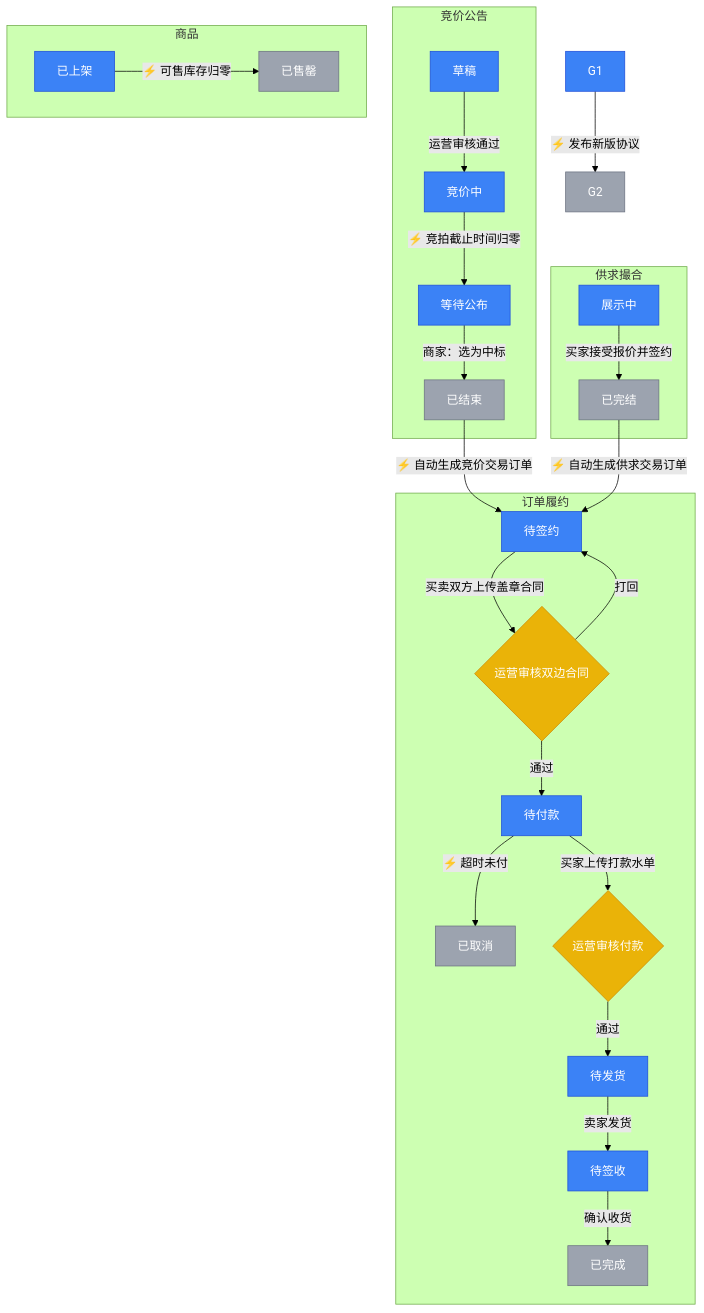
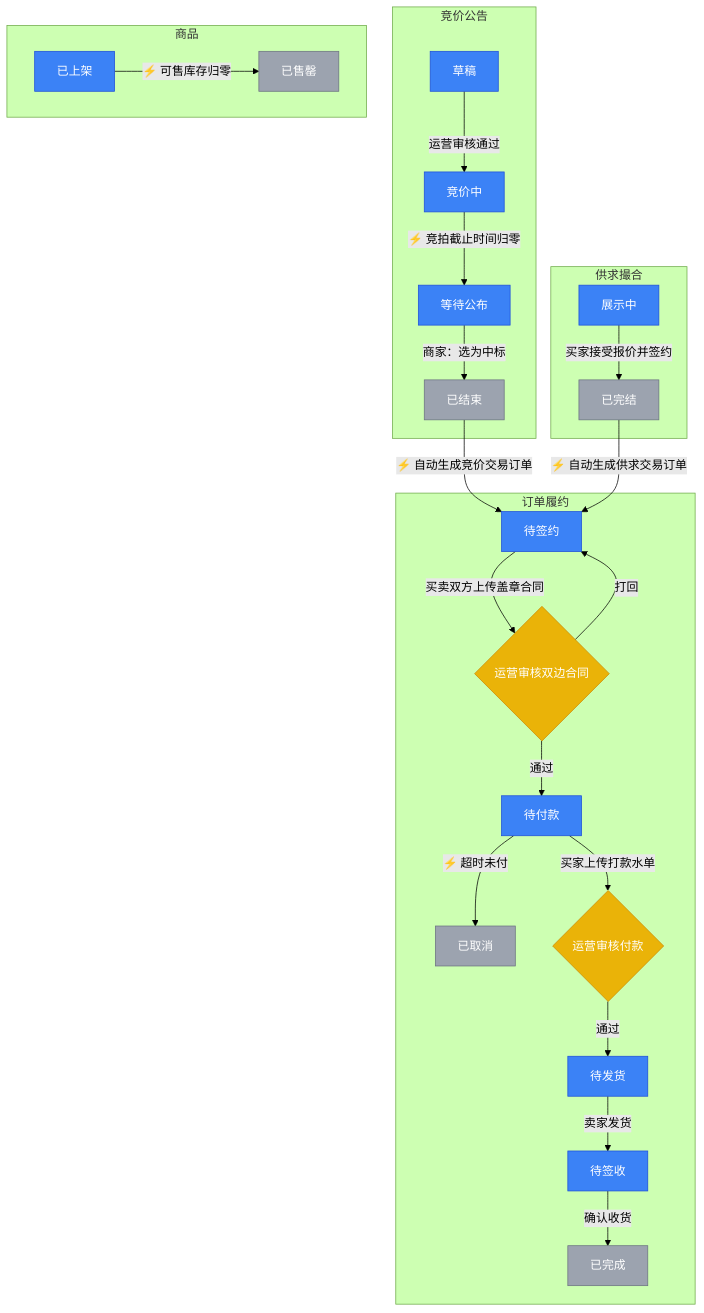
The eighth of 8 diagrams in Summary/字段表整理文档_完整版.md (barry0-0/sahngliu), drawn with Mermaid (forest theme) before and after one commit.

Commit message:
docs: update comprehensive field summary document

````diff
--- a/Summary/字段表整理文档_完整版.md
+++ b/Summary/字段表整理文档_完整版.md
@@ -1264,51 +1264,50 @@
 ```mermaid
 flowchart TB
     subgraph sub46 ["竞价公告"]
         A1["草稿"]
         A2["竞价中"]
         A3["等待公布"]
         A4["已结束"]
     end
     subgraph sub47 ["订单履约"]
         O0["待签约"]
         J1{"运营审核双边合同"}
         O1["待付款"]
         OC["已取消"]
         J2{"运营审核付款"}
         O2["待发货"]
         O3["待签收"]
         O4["已完成"]
     end
     subgraph sub48 ["商品"]
         P1["已上架"]
         P2["已售罄"]
     end
     subgraph sub50 ["供求撮合"]
         D1["展示中"]
         D2["已完结"]
     end
     A1 -->|"运营审核通过"| A2
     A2 -->|"⚡ 竞拍截止时间归零"| A3
     A3 -->|"商家：选为中标"| A4
     O0 -->|"买卖双方上传盖章合同"| J1
     J1 -->|"通过"| O1
     J1 -->|"打回"| O0
     O1 -->|"⚡ 超时未付"| OC
     O1 -->|"买家上传打款水单"| J2
     J2 -->|"通过"| O2
     O2 -->|"卖家发货"| O3
     O3 -->|"确认收货"| O4
     P1 -->|"⚡ 可售库存归零"| P2
-    G1 -->|"⚡ 发布新版协议"| G2
     D1 -->|"买家接受报价并签约"| D2
     A4 -->|"⚡ 自动生成竞价交易订单"| O0
     D2 -->|"⚡ 自动生成供求交易订单"| O0
     classDef state fill:#3b82f6,stroke:#1d4ed8,color:#fff;
     classDef btn fill:#22c55e,stroke:#16a34a,color:#fff;
     classDef judge fill:#eab308,stroke:#ca8a04,color:#fff;
     classDef endState fill:#9ca3af,stroke:#6b7280,color:#fff;
     class A1,A2,A3,O0,O1,O2,O3,P1,G1,D1 state
     class J1,J2 judge
     class A4,OC,O4,P2,G2,D2 endState
     %% mermaid-flow:pos A1=145,107 A2=145,201 A3=145,345 A4=145,439 O0=310,583 J1=310,691 O1=310,799 OC=394,907 J2=181,907 O2=181,1015 O3=181,1109 O4=181,1203 P1=323,107 P2=323,201 G1=511,107 G2=511,201 D1=399,345 D2=399,439
 ```
````
